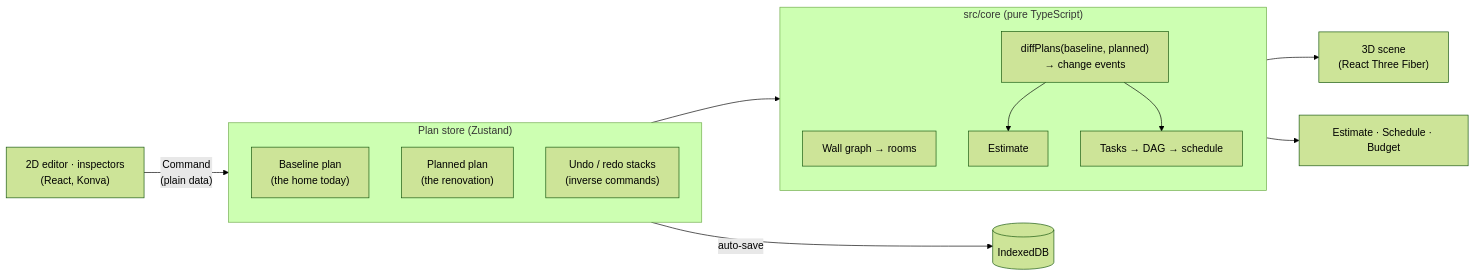
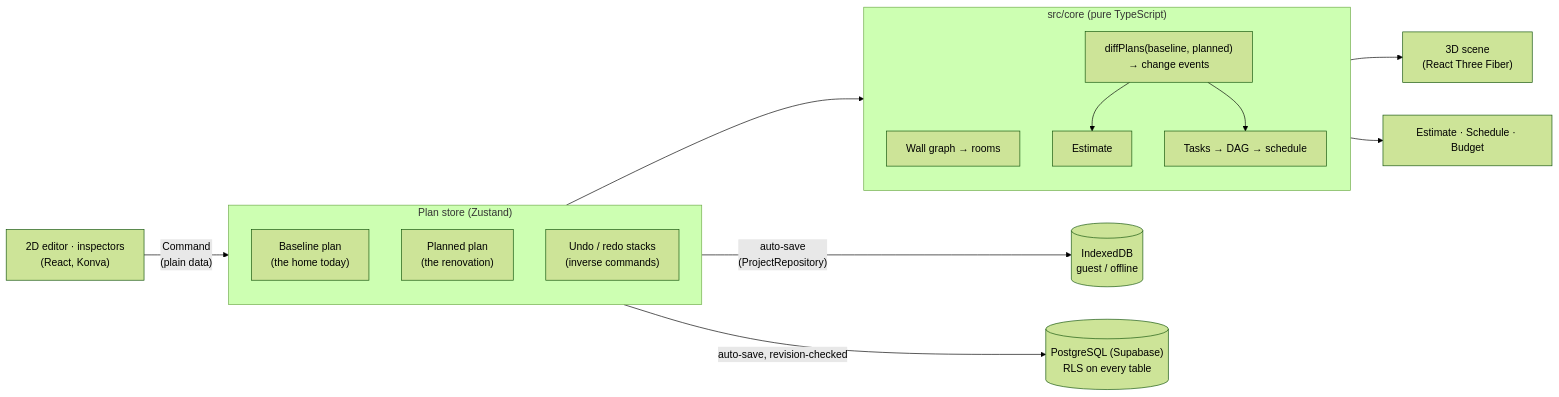
Before and after one commit to TonyW-Y/Renotion: the diagram in README.md, drawn with Mermaid (forest theme). The commit also changed other lines of this file, not shown here.

Commit message:
docs: describe the postgres schema, row level security, concurrency and cloud setup

````diff
--- a/README.md
+++ b/README.md
@@ -55,23 +55,24 @@
 ```mermaid
 flowchart LR
   UI["2D editor · inspectors<br/>(React, Konva)"] -- "Command<br/>(plain data)" --> Store
   subgraph Store["Plan store (Zustand)"]
     direction TB
     B["Baseline plan<br/>(the home today)"]
     P["Planned plan<br/>(the renovation)"]
     H["Undo / redo stacks<br/>(inverse commands)"]
   end
-  Store -- "auto-save" --> IDB[("IndexedDB")]
+  Store -- "auto-save<br/>(ProjectRepository)" --> IDB[("IndexedDB<br/>guest / offline")]
+  Store -- "auto-save, revision-checked" --> PG[("PostgreSQL (Supabase)<br/>RLS on every table")]
   Store --> Derive
   subgraph Derive["src/core (pure TypeScript)"]
     direction TB
     G["Wall graph → rooms"]
     D["diffPlans(baseline, planned)<br/>→ change events"]
     E["Estimate"]
     T["Tasks → DAG → schedule"]
     D --> E
     D --> T
   end
   Derive --> V3["3D scene<br/>(React Three Fiber)"]
   Derive --> Views["Estimate · Schedule · Budget"]
 ```
````
